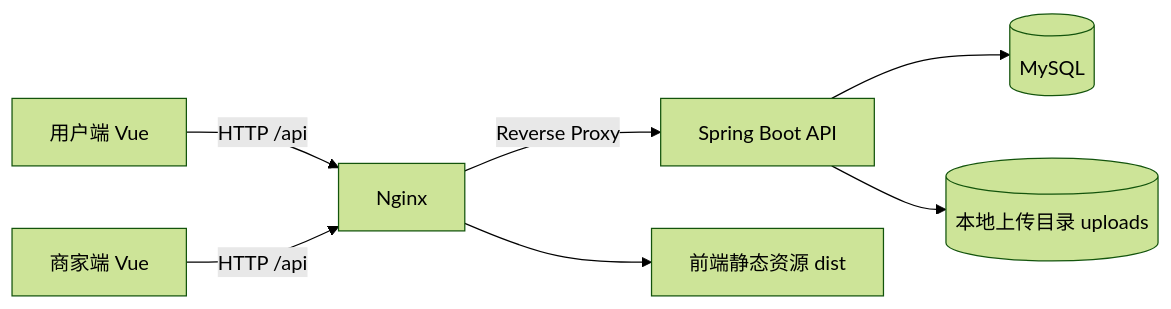
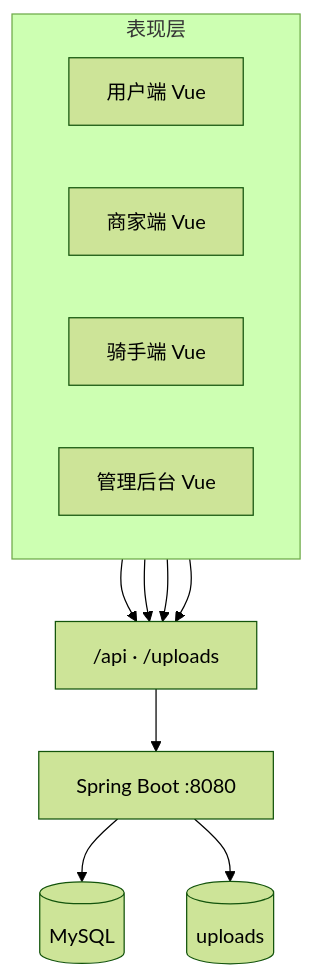
One commit to yuluo-eng/FoodieCloud changed the first of 2 diagrams in README.md. Above: the diagram before and after it, drawn with Mermaid (forest theme). The commit also changed other lines of this file and 26 other files, not shown here.

````diff
--- a/README.md
+++ b/README.md
@@ -263,9 +268,21 @@
 ```mermaid
-flowchart LR
-  U[用户端 Vue] -->|HTTP /api| N[Nginx]
-  M[商家端 Vue] -->|HTTP /api| N
-  N -->|Reverse Proxy| B[Spring Boot API]
-  B --> D[(MySQL)]
-  B --> F[(本地上传目录 uploads)]
-  N --> S[前端静态资源 dist]
+flowchart TB
+  subgraph 表现层
+    direction LR
+    U[用户端 Vue]
+    M[商家端 Vue]
+    R[骑手端 Vue]
+    A[管理后台 Vue]
+  end
+  API["/api · /uploads"]
+  B[Spring Boot :8080]
+  D[(MySQL)]
+  F[(uploads)]
+  U --> API
+  M --> API
+  R --> API
+  A --> API
+  API --> B
+  B --> D
+  B --> F
 ```
````
